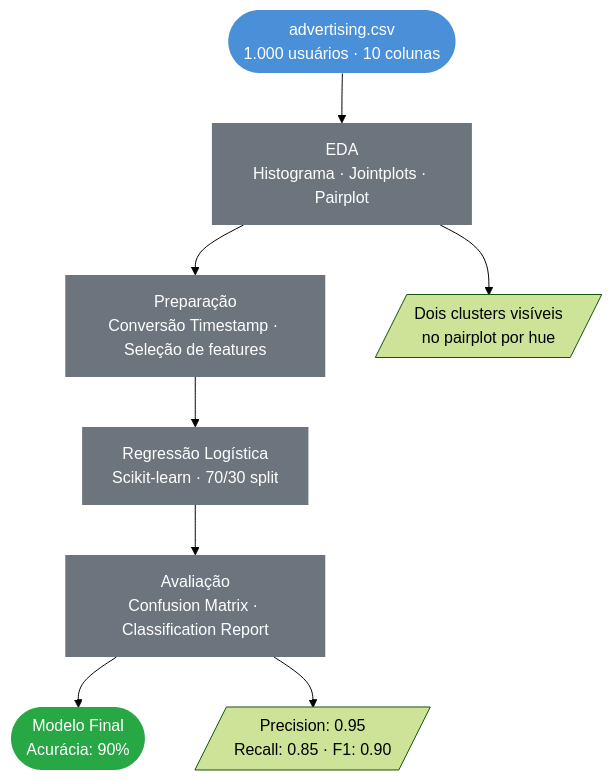
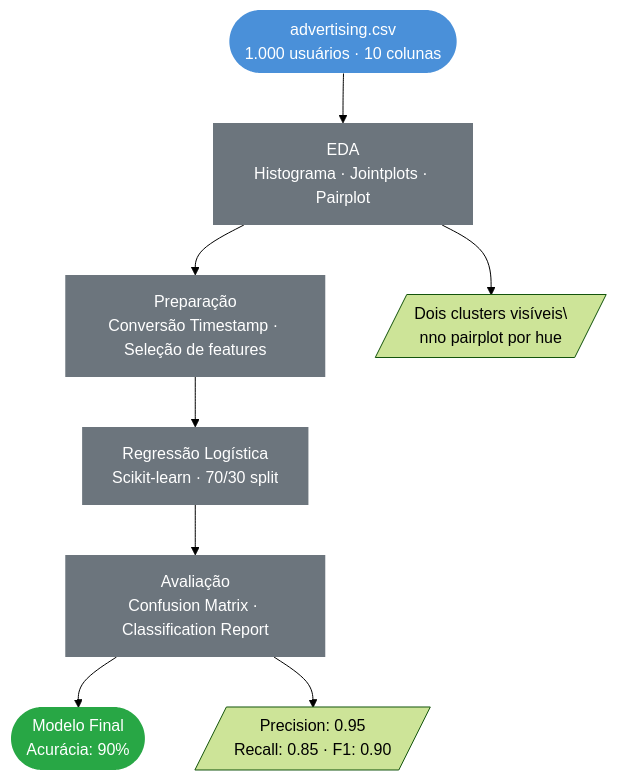
Before and after one commit to Anderson1999DC/Regressao-logistica-para-predicao-de-cliques: the diagram in README.md, drawn with Mermaid (forest theme).

Commit message:
Fix line break in README.md diagram

````diff
--- a/README.md
+++ b/README.md
@@ -62,18 +62,19 @@
 ```mermaid
 flowchart TD
     A([advertising.csv\n1.000 usuários · 10 colunas]) --> B[EDA\nHistograma · Jointplots · Pairplot]
     B --> C[Preparação\nConversão Timestamp · Seleção de features]
     C --> D[Regressão Logística\nScikit-learn · 70/30 split]
     D --> E[Avaliação\nConfusion Matrix · Classification Report]
     E --> F([Modelo Final\nAcurácia: 90%])
 
-    B --> B1[/"Dois clusters visíveis\nno pairplot por hue"/]
+    B --> B1[/"Dois clusters visíveis\
+    nno pairplot por hue"/]
     E --> E1[/"Precision: 0.95\nRecall: 0.85 · F1: 0.90"/]
 
     style A fill:#4A90D9,color:#fff,stroke:none
     style F fill:#28a745,color:#fff,stroke:none
     style B fill:#6C757D,color:#fff,stroke:none
     style C fill:#6C757D,color:#fff,stroke:none
     style D fill:#6C757D,color:#fff,stroke:none
     style E fill:#6C757D,color:#fff,stroke:none
 ```
````
